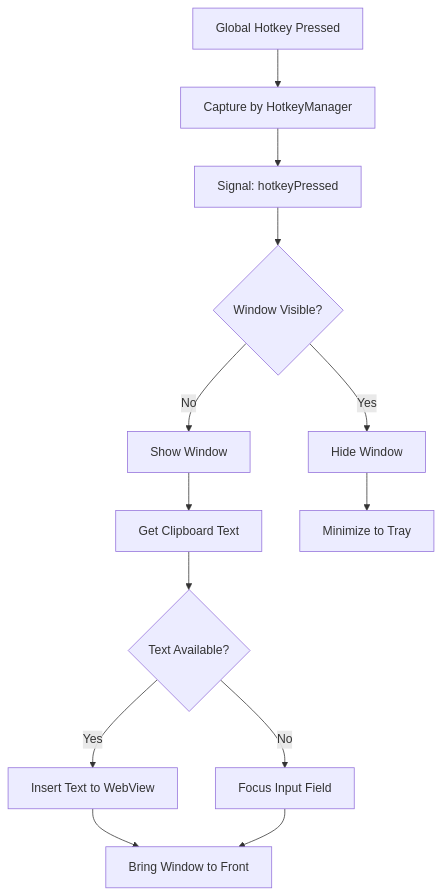
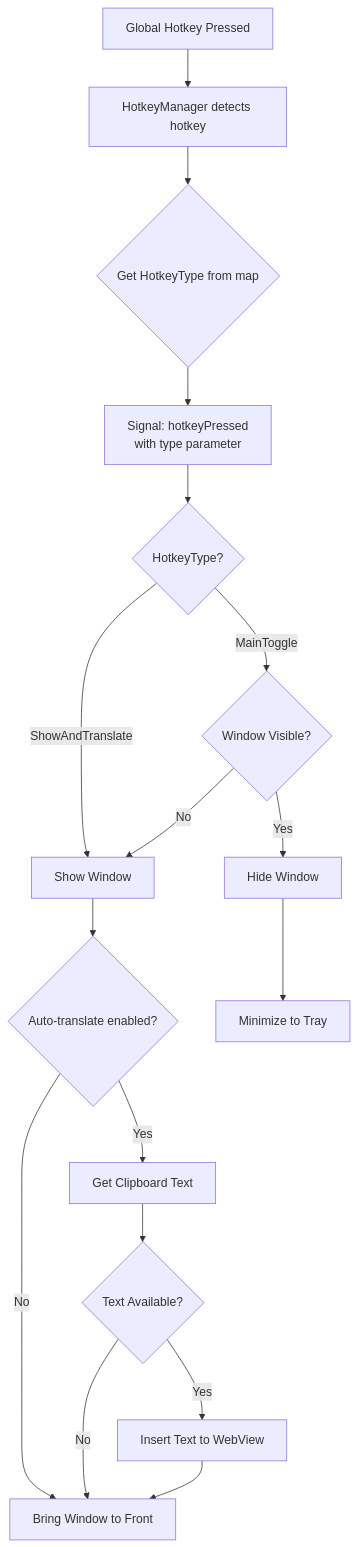
One commit to Mahno9/TinyTools changed the second of 4 diagrams in plans/architecture.md. Above: the diagram before and after it, drawn with Mermaid. The commit also changed other lines of this file and 12 other files, not shown here.

````diff
--- a/plans/architecture.md
+++ b/plans/architecture.md
@@ -328,15 +354,19 @@
 ```mermaid
 flowchart TD
-    A[Global Hotkey Pressed] --> B[Capture by HotkeyManager]
-    B --> C[Signal: hotkeyPressed]
-    C --> D{Window Visible?}
-    D -->|No| E[Show Window]
-    D -->|Yes| F[Hide Window]
-    E --> G[Get Clipboard Text]
-    F --> H[Minimize to Tray]
-    G --> I{Text Available?}
-    I -->|Yes| J[Insert Text to WebView]
-    I -->|No| K[Focus Input Field]
-    J --> L[Bring Window to Front]
-    K --> L
+    A[Global Hotkey Pressed] --> B[HotkeyManager detects hotkey]
+    B --> C{Get HotkeyType from map}
+    C --> D[Signal: hotkeyPressed<br/>with type parameter]
+    D --> E{HotkeyType?}
+    E -->|MainToggle| F{Window Visible?}
+    E -->|ShowAndTranslate| G[Show Window]
+    F -->|No| G
+    F -->|Yes| H[Hide Window]
+    G --> I{Auto-translate enabled?}
+    H --> J[Minimize to Tray]
+    I -->|Yes| K[Get Clipboard Text]
+    I -->|No| L[Bring Window to Front]
+    K --> M{Text Available?}
+    M -->|Yes| N[Insert Text to WebView]
+    M -->|No| L
+    N --> L
 ```
````
